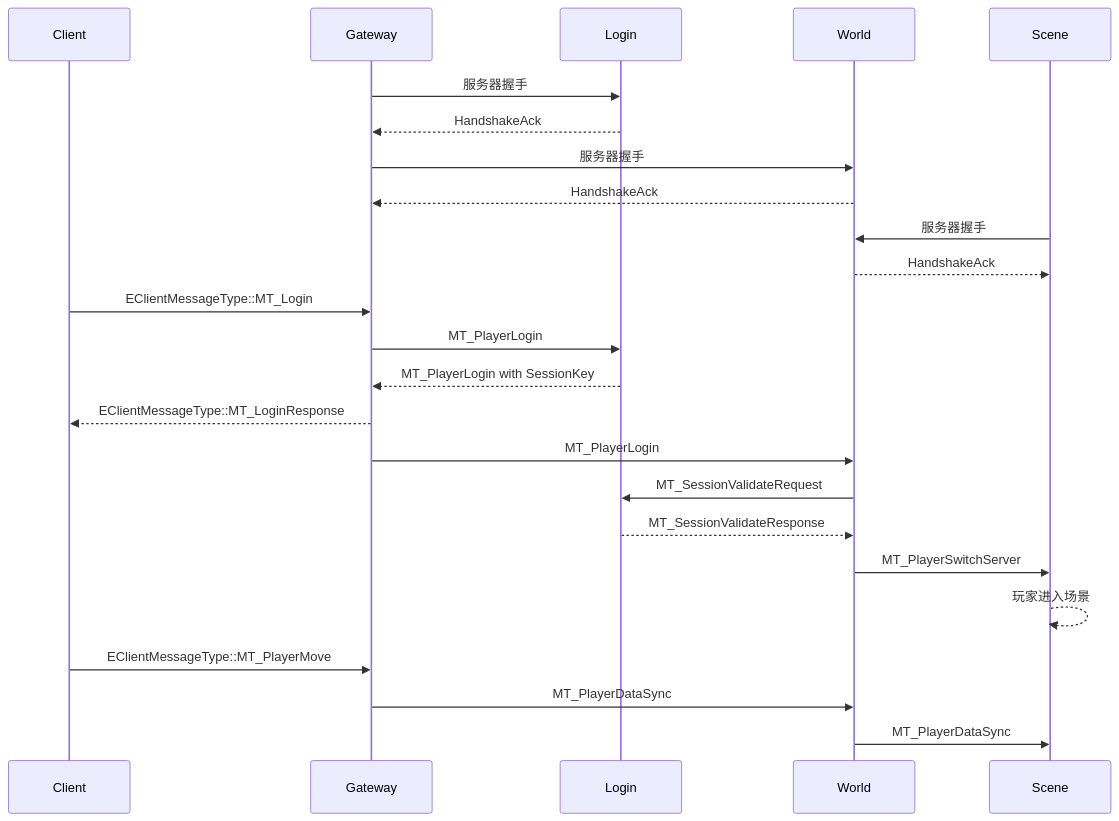
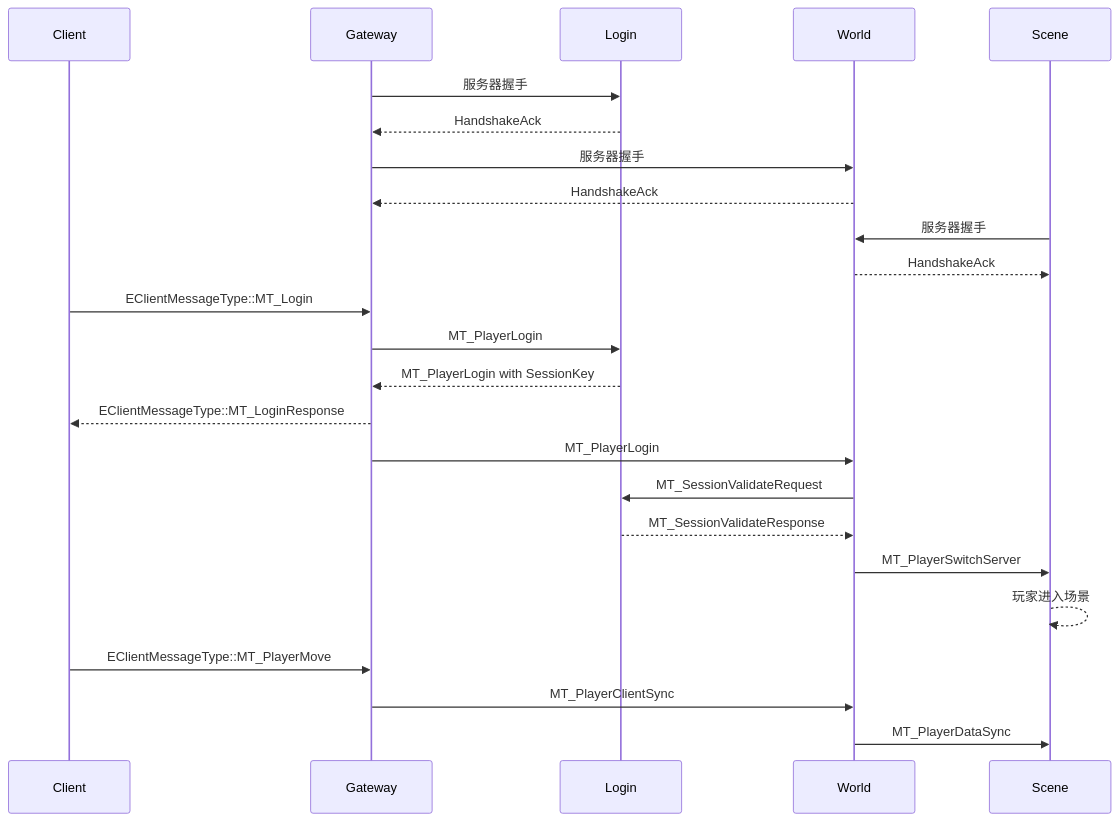
One commit to lz1287209575/Mession changed the third of 7 diagrams in README.md. Above: the diagram before and after it, drawn with Mermaid. The commit also changed other lines of this file and 35 other files, not shown here.

````diff
--- a/README.md
+++ b/README.md
@@ -121,32 +121,32 @@
 ```mermaid
 sequenceDiagram
     participant Client
     participant Gateway
     participant Login
     participant World
     participant Scene
 
     Gateway->>Login: 服务器握手
     Login-->>Gateway: HandshakeAck
 
     Gateway->>World: 服务器握手
     World-->>Gateway: HandshakeAck
 
     Scene->>World: 服务器握手
     World-->>Scene: HandshakeAck
 
     Client->>Gateway: EClientMessageType::MT_Login
     Gateway->>Login: MT_PlayerLogin
     Login-->>Gateway: MT_PlayerLogin with SessionKey
     Gateway-->>Client: EClientMessageType::MT_LoginResponse
     Gateway->>World: MT_PlayerLogin
     World->>Login: MT_SessionValidateRequest
     Login-->>World: MT_SessionValidateResponse
 
     World->>Scene: MT_PlayerSwitchServer
     Scene-->>Scene: 玩家进入场景
 
     Client->>Gateway: EClientMessageType::MT_PlayerMove
-    Gateway->>World: MT_PlayerDataSync
+    Gateway->>World: MT_PlayerClientSync
     World->>Scene: MT_PlayerDataSync
 ```
````
